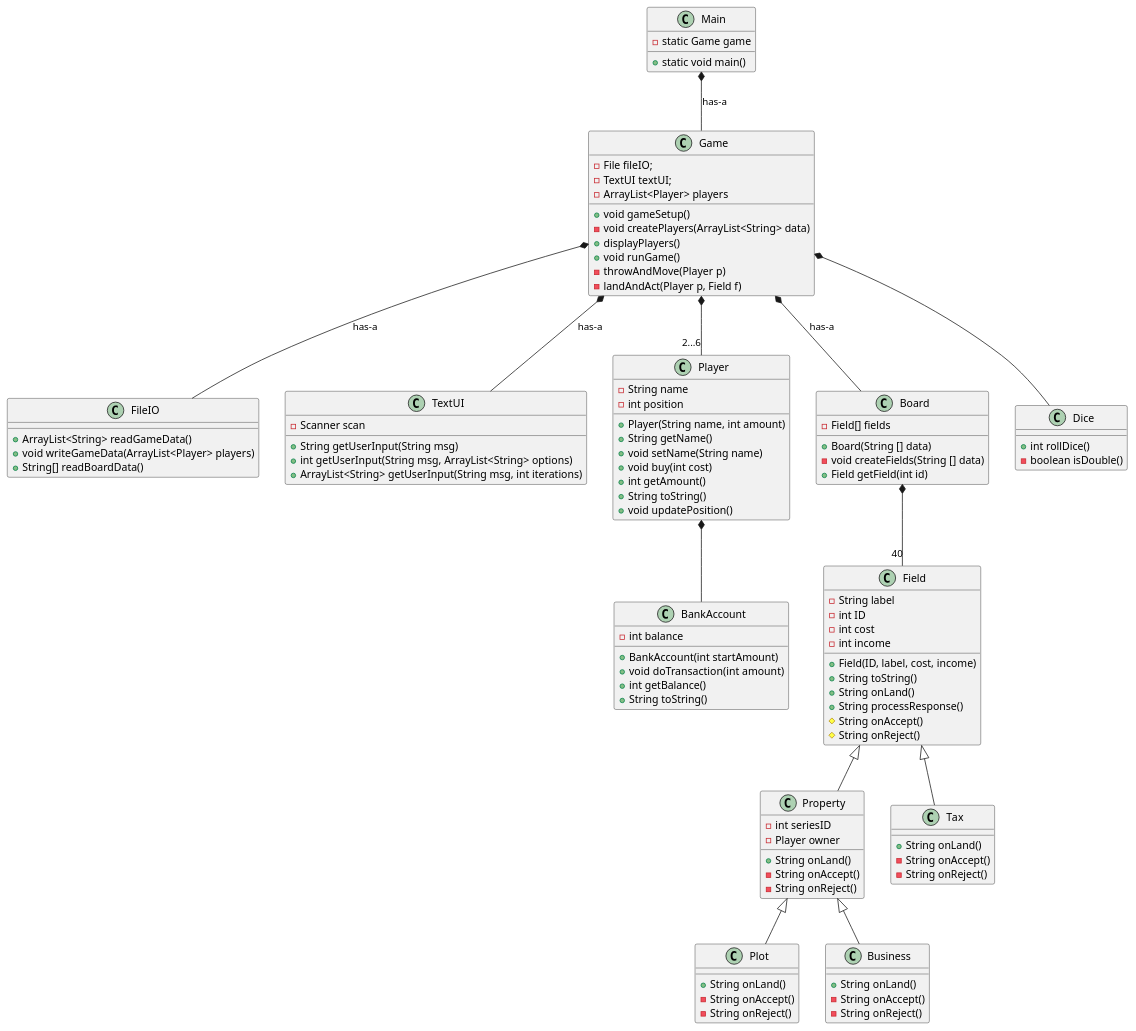
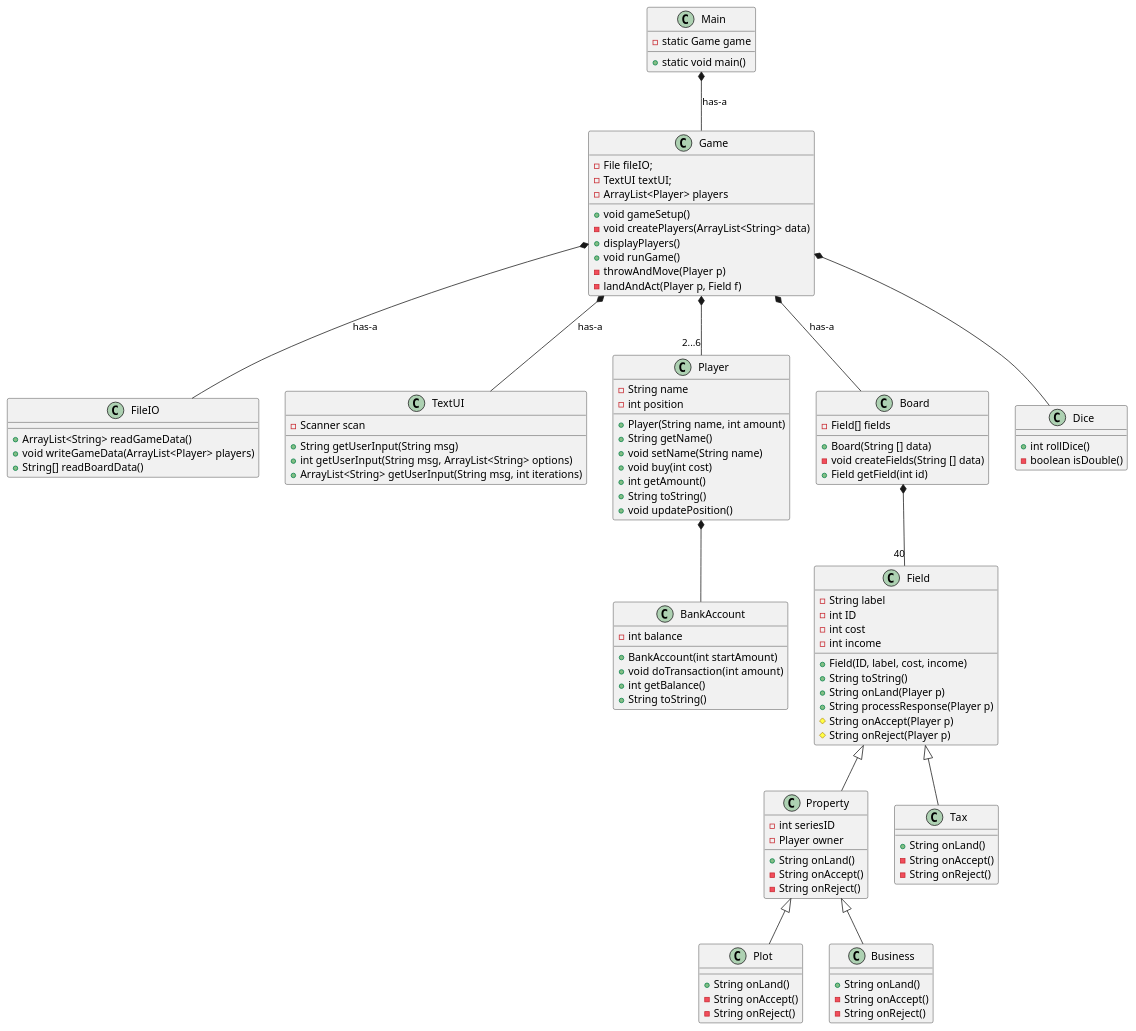
The diagram in Documentation/classdiagram_v1.3.puml (christoffertimm/OOP2-opgaver), drawn with PlantUML before and after one commit. The commit also changed 18 other files, not shown here.

```diff
--- a/Documentation/classdiagram_v1.3.puml
+++ b/Documentation/classdiagram_v1.3.puml
@@ -1,107 +1,107 @@
 @startuml
 'https://plantuml.com/class-diagram
 
 class Main
 class Game
 class FileIO
 class TextUI
 class Player
 class BankAccount
 class Board
 class Field
 class Dice
 
 
 Main : - static Game game
 Main : + static void main()
 
 Game : - File fileIO;
 Game : - TextUI textUI;
 Game : - ArrayList<Player> players
 Game : + void gameSetup()
 Game : - void createPlayers(ArrayList<String> data)
 Game : + displayPlayers()
 Game : + void runGame()
 Game : - throwAndMove(Player p)
 Game : - landAndAct(Player p, Field f)
 
 FileIO : + ArrayList<String> readGameData()
 FileIO : + void writeGameData(ArrayList<Player> players)
 FileIO : + String[] readBoardData()
 
 TextUI : + String getUserInput(String msg)
 TextUI : + int getUserInput(String msg, ArrayList<String> options)
 TextUI : + ArrayList<String> getUserInput(String msg, int iterations)
 TextUI : - Scanner scan
 
 
 
 Player : + Player(String name, int amount)
 Player : - String name
 Player : - int position
 Player : + String getName()
 Player : + void setName(String name)
 Player : + void buy(int cost)
 Player : + int getAmount()
 Player : + String toString()
 Player : + void updatePosition()
 
 BankAccount : -int balance
 BankAccount : +BankAccount(int startAmount)
 BankAccount : +void doTransaction(int amount)
 BankAccount : +int getBalance()
 BankAccount : +String toString()
 
 Field : + Field(ID, label, cost, income)
 Field : - String label
 Field : - int ID
 Field : - int cost
 Field : - int income
 
 Field : + String toString()
-Field : + String onLand()
-Field : + String processResponse()
-Field : # String onAccept()
-Field : # String onReject()
+Field : + String onLand(Player p)
+Field : + String processResponse(Player p)
+Field : # String onAccept(Player p)
+Field : # String onReject(Player p)
 
 Property : - int seriesID
 Property : - Player owner
 Property : + String onLand()
 Property : - String onAccept()
 Property : - String onReject()
 
 Plot : + String onLand()
 Plot : - String onAccept()
 Plot : - String onReject()
 
 Business : + String onLand()
 Business : - String onAccept()
 Business : - String onReject()
 
 Tax : + String onLand()
 Tax : - String onAccept()
 Tax : - String onReject()
 
 Field <|-- Tax
 Field <|-- Property
 Property <|-- Plot
 Property <|-- Business
 
 Dice : + int rollDice()
 Dice : - boolean isDouble()
 
 Board : - Field[] fields
 Board : + Board(String [] data)
 Board : - void createFields(String [] data)
 Board : + Field getField(int id)
 Game *-- Dice
 Main *-- Game : has-a
 Game *-- FileIO : has-a
 Game *-- TextUI : has-a
 Game *-- "2...6" Player
 Player *-- BankAccount
 Game *-- Board : has-a
 Board *-- "40" Field
 
 
 @enduml
```
